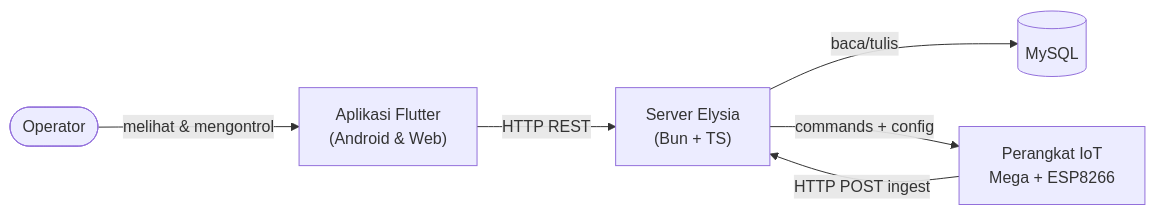
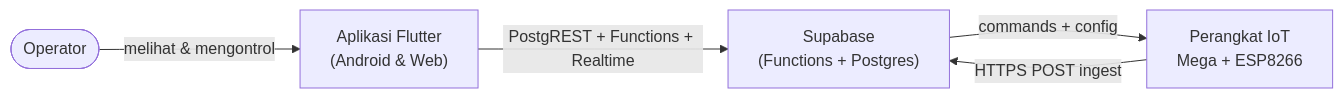
The first of 2 diagrams in docs/02-SYSTEM-ARCHITECTURE.md (FarrelGhozy/SIMOHE), drawn with Mermaid before and after one commit. The commit also changed other lines of this file and 156 other files, not shown here.

First line of the commit message:
feat(supabase): migrasi full ke Supabase-only, arsipkan server Bun

````diff
--- a/docs/02-SYSTEM-ARCHITECTURE.md
+++ b/docs/02-SYSTEM-ARCHITECTURE.md
@@ -37,14 +35,12 @@
 ```mermaid
 flowchart LR
     Operator([Operator])
     App["Aplikasi Flutter\n(Android & Web)"]
-    Server["Server Elysia\n(Bun + TS)"]
-    DB[("MySQL")]
+    Supa["Supabase\n(Functions + Postgres)"]
     Device["Perangkat IoT\nMega + ESP8266"]
 
     Operator -->|melihat & mengontrol| App
-    App -->|HTTP REST| Server
-    Server -->|baca/tulis| DB
-    Device -->|HTTP POST ingest| Server
-    Server -->|commands + config| Device
+    App -->|PostgREST + Functions + Realtime| Supa
+    Device -->|HTTPS POST ingest| Supa
+    Supa -->|commands + config| Device
 ```
````
